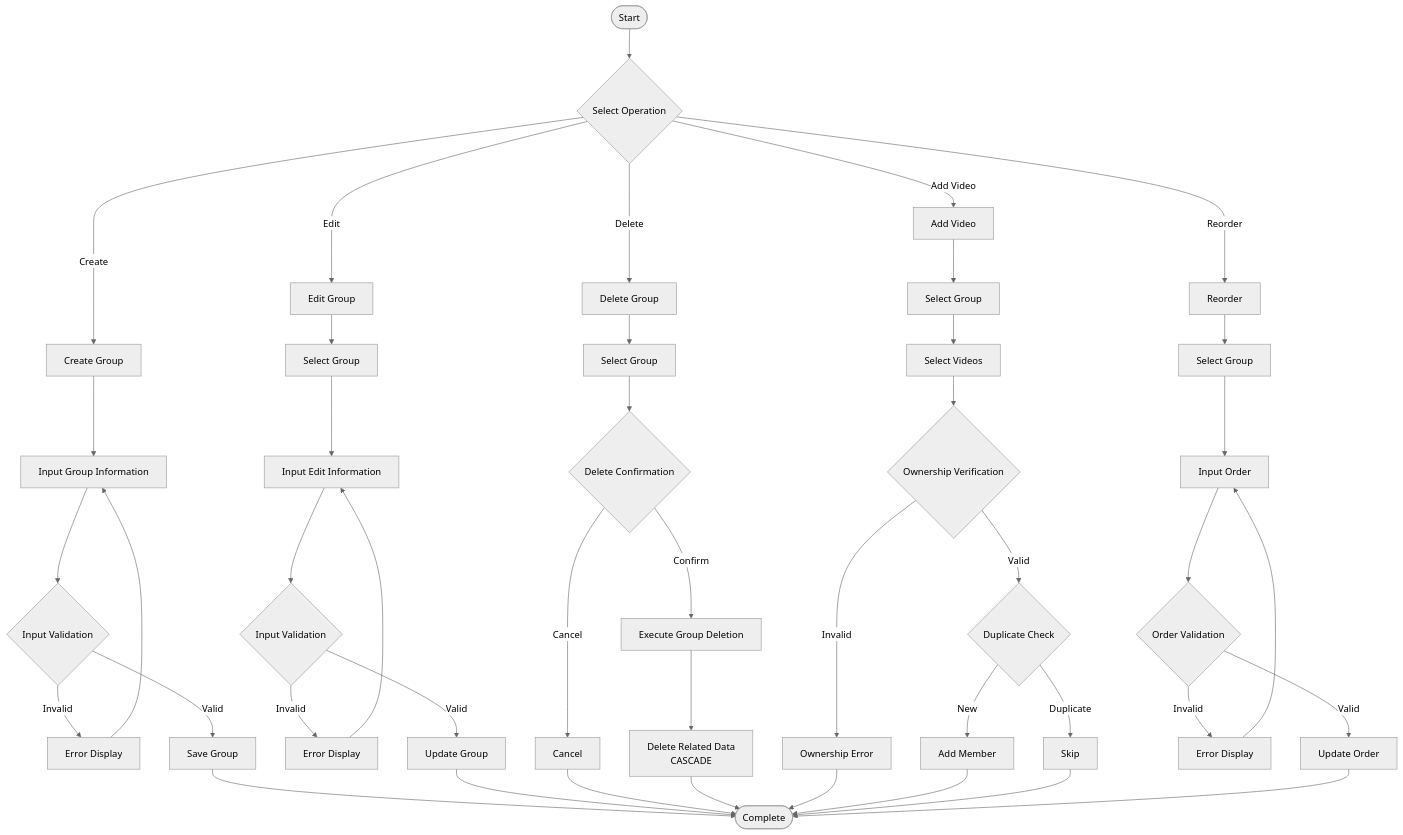
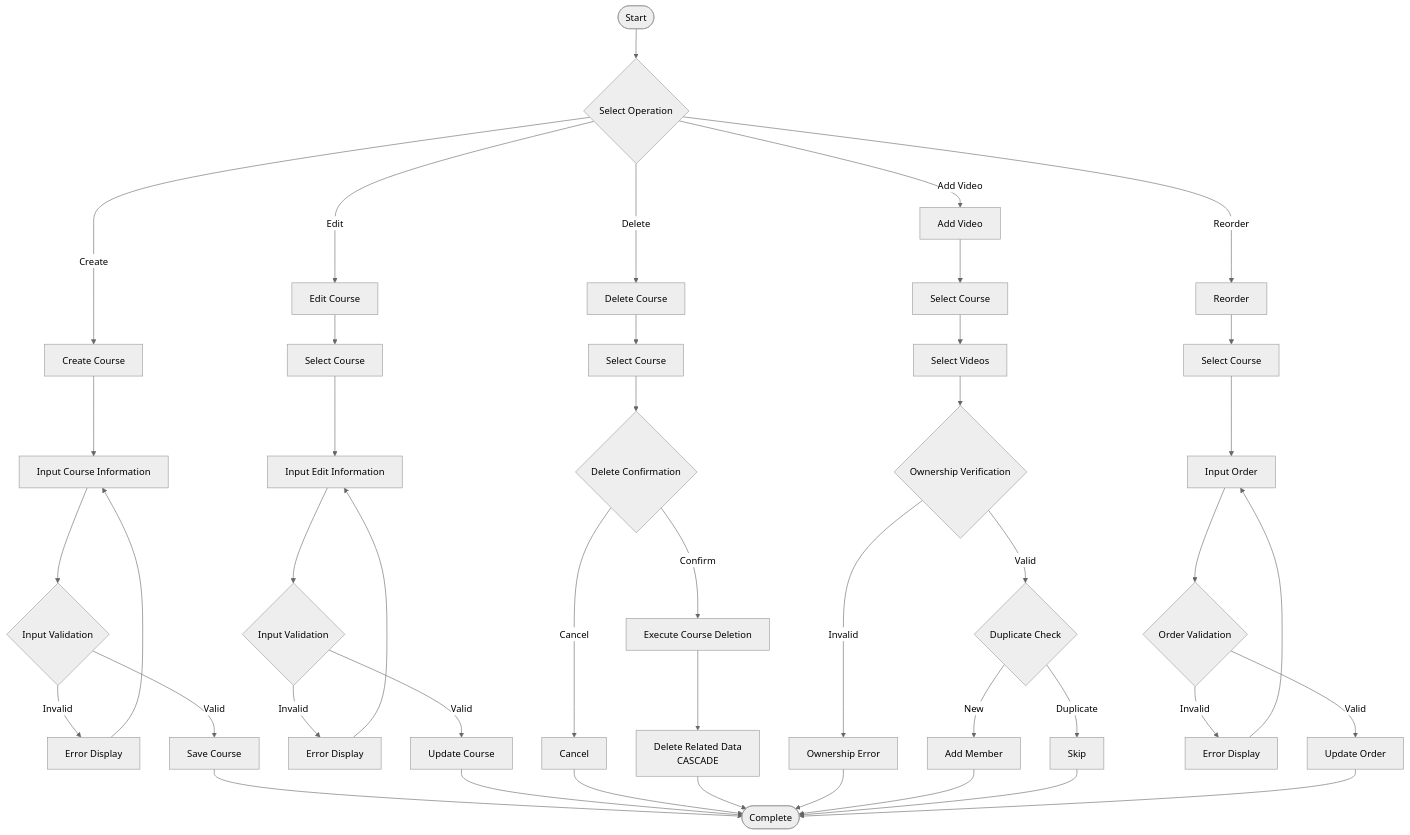
Before and after one commit to yukiharada1228/videoq: the fifth of 10 diagrams in docs/architecture/bpmn.md, drawn with Mermaid (neutral theme). The commit also changed other lines of this file and 140 other files, not shown here.

````diff
--- a/docs/architecture/bpmn.md
+++ b/docs/architecture/bpmn.md
@@ -145,51 +145,51 @@
 ```mermaid
 flowchart TD
     Start([Start]) --> SelectAction{Select Operation}
-    SelectAction -->|Create| CreateGroup[Create Group]
-    SelectAction -->|Edit| EditGroup[Edit Group]
-    SelectAction -->|Delete| DeleteGroup[Delete Group]
+    SelectAction -->|Create| CreateGroup[Create Course]
+    SelectAction -->|Edit| EditGroup[Edit Course]
+    SelectAction -->|Delete| DeleteCourse[Delete Course]
     SelectAction -->|Add Video| AddVideo[Add Video]
     SelectAction -->|Reorder| ReorderVideo[Reorder]
     
-    CreateGroup --> InputInfo[Input Group Information]
+    CreateGroup --> InputInfo[Input Course Information]
     InputInfo --> ValidateInfo{Input Validation}
     ValidateInfo -->|Invalid| ShowError[Error Display]
     ShowError --> InputInfo
-    ValidateInfo -->|Valid| SaveGroup[Save Group]
-    SaveGroup --> Complete([Complete])
+    ValidateInfo -->|Valid| SaveCourse[Save Course]
+    SaveCourse --> Complete([Complete])
     
-    EditGroup --> SelectGroup[Select Group]
+    EditGroup --> SelectGroup[Select Course]
     SelectGroup --> InputEdit[Input Edit Information]
     InputEdit --> ValidateEdit{Input Validation}
     ValidateEdit -->|Invalid| ShowError2[Error Display]
     ShowError2 --> InputEdit
-    ValidateEdit -->|Valid| UpdateGroup[Update Group]
-    UpdateGroup --> Complete
+    ValidateEdit -->|Valid| UpdateCourse[Update Course]
+    UpdateCourse --> Complete
     
-    DeleteGroup --> SelectGroup2[Select Group]
+    DeleteCourse --> SelectGroup2[Select Course]
     SelectGroup2 --> ConfirmDelete{Delete Confirmation}
     ConfirmDelete -->|Cancel| Cancel[Cancel]
     Cancel --> Complete
-    ConfirmDelete -->|Confirm| ExecuteDelete[Execute Group Deletion]
+    ConfirmDelete -->|Confirm| ExecuteDelete[Execute Course Deletion]
     ExecuteDelete --> CascadeDelete[Delete Related Data<br/>CASCADE]
     CascadeDelete --> Complete
     
-    AddVideo --> SelectGroup3[Select Group]
+    AddVideo --> SelectGroup3[Select Course]
     SelectGroup3 --> SelectVideos[Select Videos]
     SelectVideos --> ValidateOwnership{Ownership Verification}
     ValidateOwnership -->|Invalid| RejectVideo[Ownership Error]
     RejectVideo --> Complete
     ValidateOwnership -->|Valid| CheckDuplicate{Duplicate Check}
     CheckDuplicate -->|Duplicate| SkipVideo[Skip]
     CheckDuplicate -->|New| AddMember[Add Member]
     AddMember --> Complete
     SkipVideo --> Complete
     
-    ReorderVideo --> SelectGroup4[Select Group]
+    ReorderVideo --> SelectGroup4[Select Course]
     SelectGroup4 --> InputOrder[Input Order]
     InputOrder --> ValidateOrder{Order Validation}
     ValidateOrder -->|Invalid| ShowError3[Error Display]
     ShowError3 --> InputOrder
     ValidateOrder -->|Valid| UpdateOrder[Update Order]
     UpdateOrder --> Complete
 ```
````
